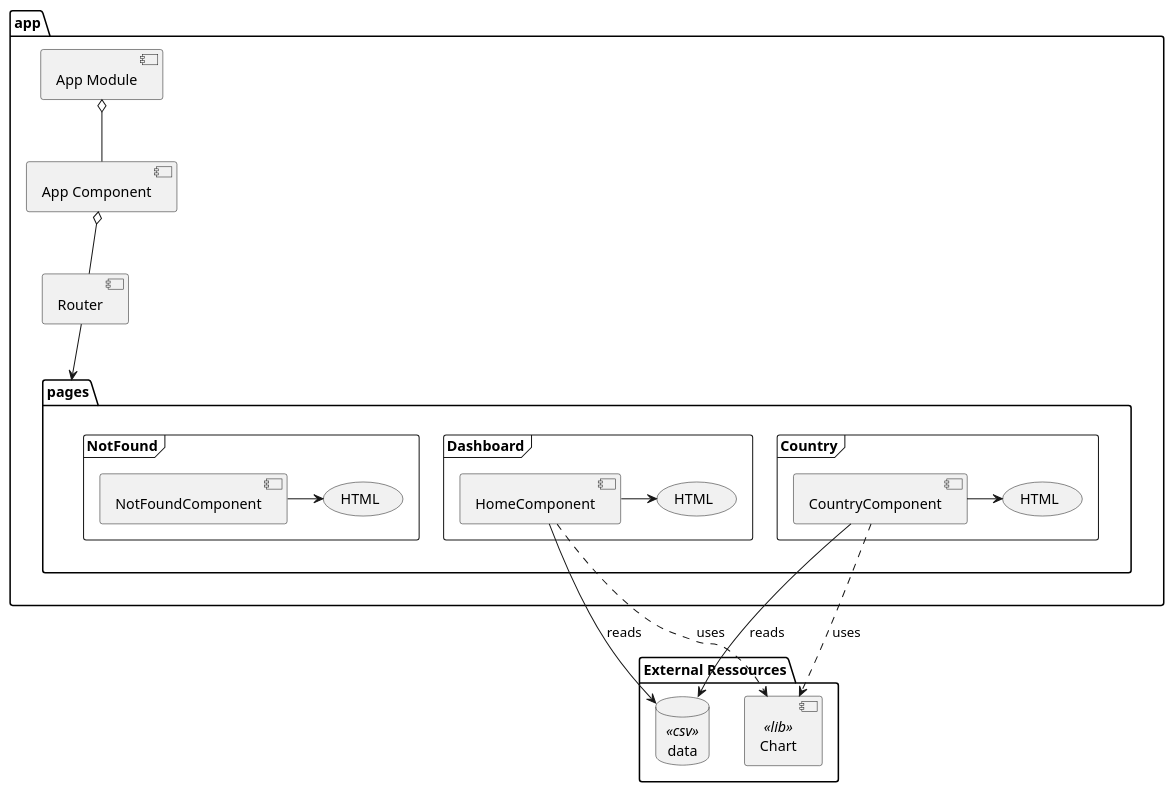
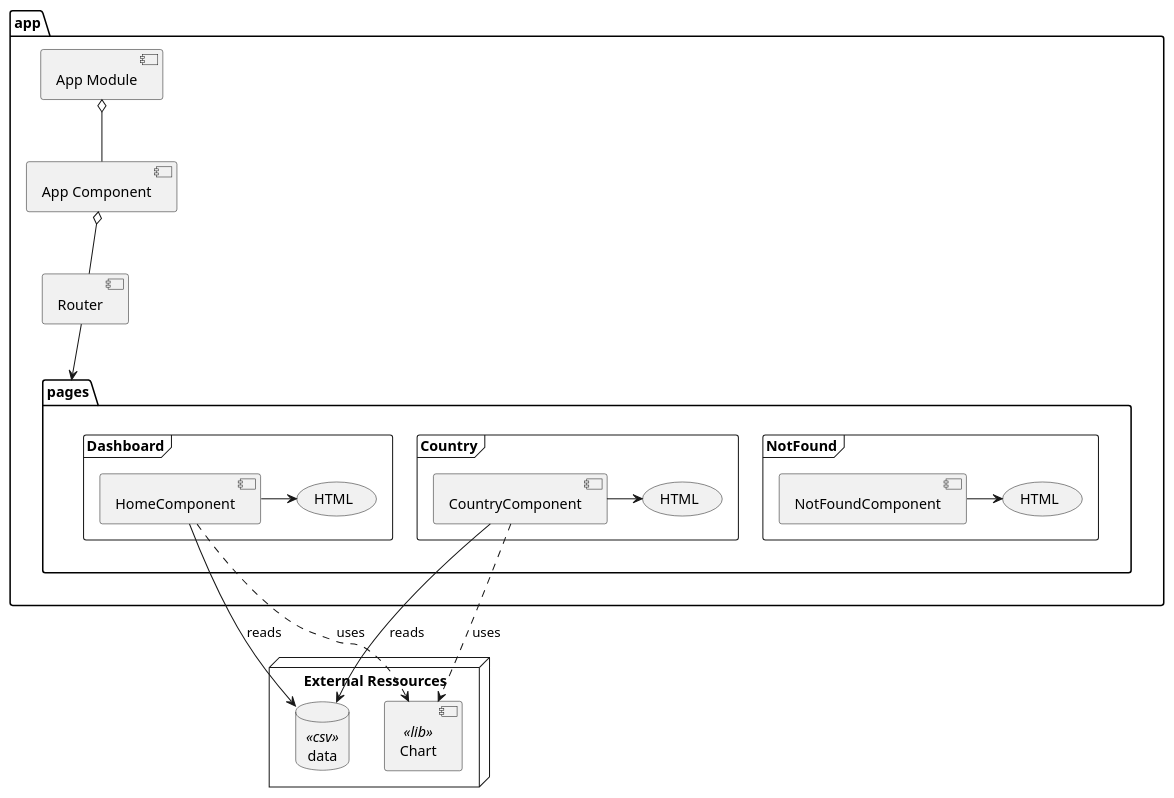
One commit to tremran/ocr-p2-01-olympicgamestarter changed the first of 2 diagrams in architecture/notes-architecture.md. Above: the diagram before and after it, drawn with PlantUML. The commit also changed other lines of this file and 1 other file, not shown here.

Commit message:
docs - modification schéma architecture

````diff
--- a/architecture/notes-architecture.md
+++ b/architecture/notes-architecture.md
@@ -5,46 +5,45 @@
 ```plantuml
 @startuml
 
-package "External Ressources" {
+node "External Ressources" {
     database "data" as ExternalData <<csv>>
     [Chart] as ExternalChart <<lib>>
 }
 
-package "app" {
+folder "app" {
     [App Module] as AppM
     [App Component] as AppC
     [Router] as R
 
 
-    package "pages" {
+    folder "pages" {
+        frame "NotFound" as 404 {
+            (HTML) as HTML404
+            [NotFoundComponent] -right-> HTML404
+        }
+
         frame "Dashboard" as D {
             (HTML) as HTMLDashboard
             [HomeComponent] -right-> (HTMLDashboard)
         }
         frame "Country" as C {
             (HTML) as HTMLCountry
             [CountryComponent] -right-> (HTMLCountry)
-        }
-
-
-        frame "NotFound" as 404 {
-            (HTML) as HTML404
-            [NotFoundComponent] -right-> HTML404
         }
 
     }
 }
 
 [HomeComponent] --> ExternalData: reads
 [HomeComponent] ..> ExternalChart: uses
 
 
 [CountryComponent] --> ExternalData: reads
 [CountryComponent] ..> ExternalChart: uses
 
 AppM o-- AppC
 AppC o-- R
 R --> pages
 
 @enduml
 ```
````
